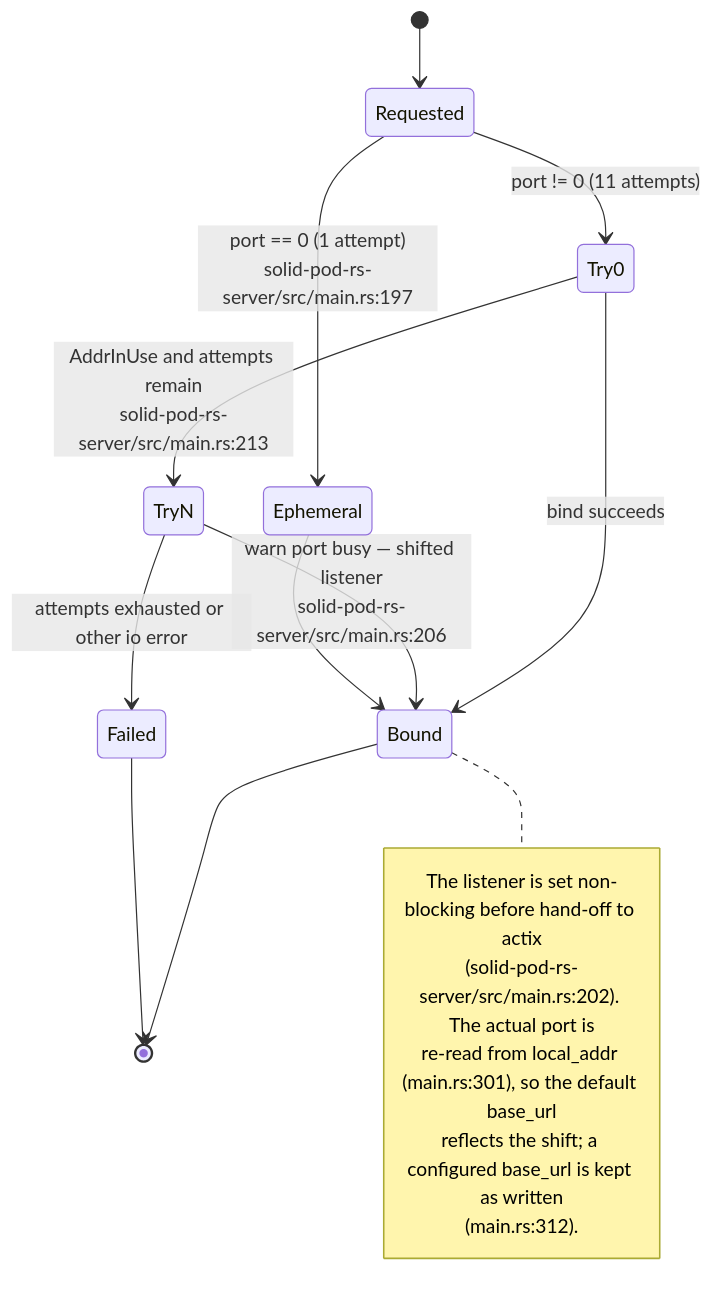
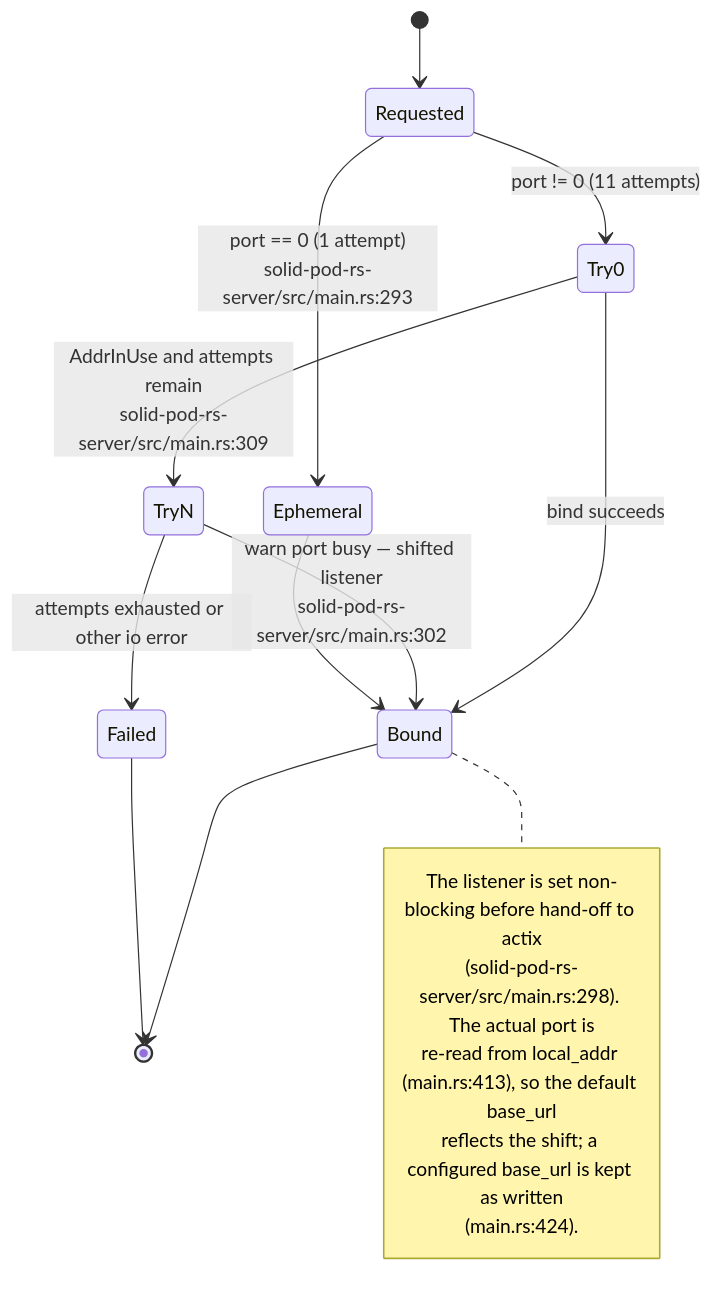
The sixth of 12 diagrams in docs/diagrams/solid-pod-rs/02-server-boot-and-routes.md (DreamLab-AI/VisionFlow), drawn with Mermaid before and after one commit. The commit also changed other lines of this file and 1 other file, not shown here.

First line of the commit message:
docs(diagrams): SP-02, SP-06 re-verified at solid-pod-rs a28a748

````diff
--- a/docs/diagrams/solid-pod-rs/02-server-boot-and-routes.md
+++ b/docs/diagrams/solid-pod-rs/02-server-boot-and-routes.md
@@ -182,20 +223,20 @@
 ```mermaid
 stateDiagram-v2
     [*] --> Requested
-    Requested --> Ephemeral: port == 0 (1 attempt)<br/>solid-pod-rs-server/src/main.rs:197
+    Requested --> Ephemeral: port == 0 (1 attempt)<br/>solid-pod-rs-server/src/main.rs:293
     Requested --> Try0: port != 0 (11 attempts)
     Try0 --> Bound: bind succeeds
-    Try0 --> TryN: AddrInUse and attempts remain<br/>solid-pod-rs-server/src/main.rs:213
-    TryN --> Bound: warn port busy — shifted listener<br/>solid-pod-rs-server/src/main.rs:206
+    Try0 --> TryN: AddrInUse and attempts remain<br/>solid-pod-rs-server/src/main.rs:309
+    TryN --> Bound: warn port busy — shifted listener<br/>solid-pod-rs-server/src/main.rs:302
     TryN --> Failed: attempts exhausted or other io error
     Ephemeral --> Bound
     Bound --> [*]
     Failed --> [*]
     note right of Bound
       The listener is set non-blocking before hand-off to actix
-      (solid-pod-rs-server/src/main.rs:202). The actual port is
-      re-read from local_addr (main.rs:301), so the default base_url
+      (solid-pod-rs-server/src/main.rs:298). The actual port is
+      re-read from local_addr (main.rs:413), so the default base_url
       reflects the shift; a configured base_url is kept as written
-      (main.rs:312).
+      (main.rs:424).
     end note
 ```
````
